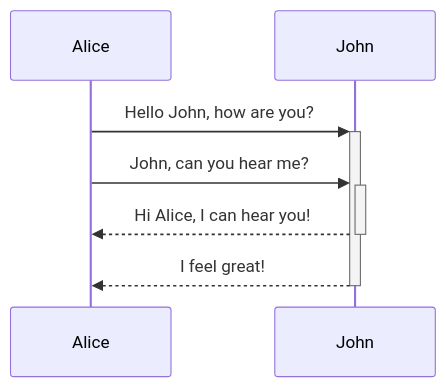
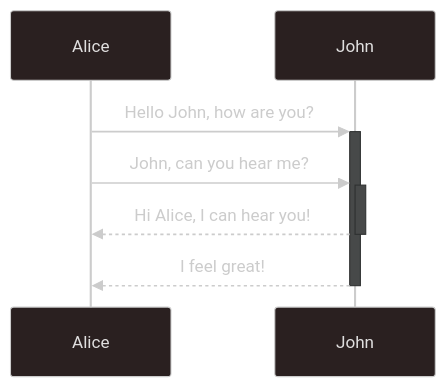
One commit to end2endzone/end2endzone-hugo changed diagram 15 of 25 in content/blog/1900-01-01-test-mermaid.md. Above: the diagram before and after it, drawn with Mermaid. The commit also changed other lines of this file and 1 other file, not shown here.

Commit message:
Extending mermaid theme 'forest' for compatibility with site's background color.

````diff
--- a/content/blog/1900-01-01-test-mermaid.md
+++ b/content/blog/1900-01-01-test-mermaid.md
@@ -125,11 +209,11 @@
 ```mermaid
 ---
 config:
-  theme: 'default'
+  theme: neo-dark
 ---
 sequenceDiagram
     Alice->>+John: Hello John, how are you?
     Alice->>+John: John, can you hear me?
     John-->>-Alice: Hi Alice, I can hear you!
     John-->>-Alice: I feel great!
 ```
````
